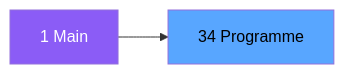
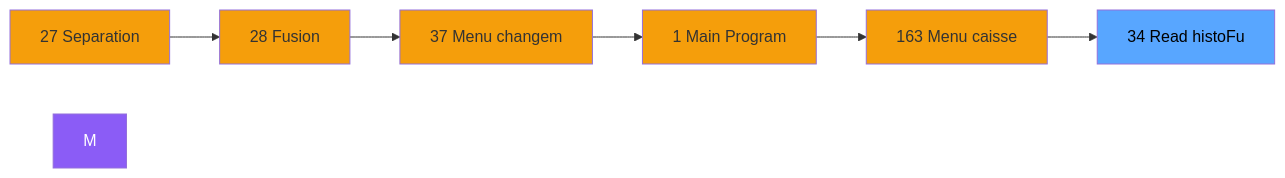
One commit to thonyAGP/magic-migration changed the second of 3 diagrams in .openspec/specs/ADH-IDE-34.md. Above: the diagram before and after it, drawn with Mermaid. The commit also changed other lines of this file and 323 other files, not shown here.

````diff
--- a/.openspec/specs/ADH-IDE-34.md
+++ b/.openspec/specs/ADH-IDE-34.md
@@ -98,8 +107,21 @@
 ```mermaid
 graph LR
-    M[1 Main]
-    T[34 Programme]
-    M --> T
+    N27[27 Separation]
+    N28[28 Fusion]
+    N37[37 Menu changem]
+    N1[1 Main Program]
+    N163[163 Menu caisse ]
+    T[34 Read histoFu]
+    N27 --> N28
+    N28 --> N37
+    N37 --> N1
+    N1 --> N163
+    N163 --> T
     style M fill:#8b5cf6,color:#fff
+    style N27 fill:#f59e0b
+    style N28 fill:#f59e0b
+    style N37 fill:#f59e0b
+    style N1 fill:#f59e0b
+    style N163 fill:#f59e0b
     style T fill:#58a6ff,color:#000
 ```
````
